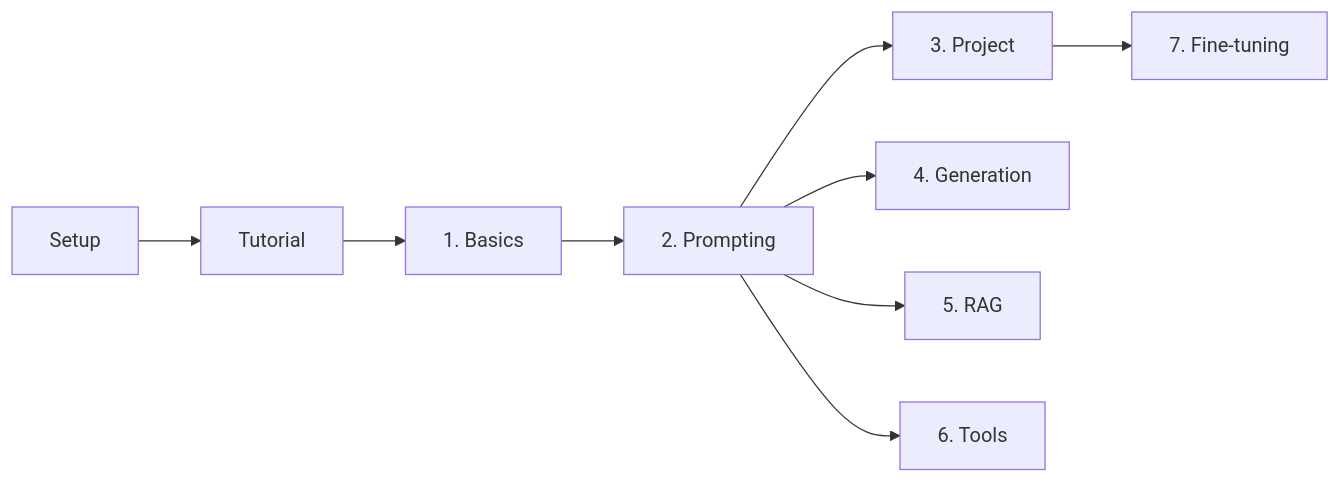
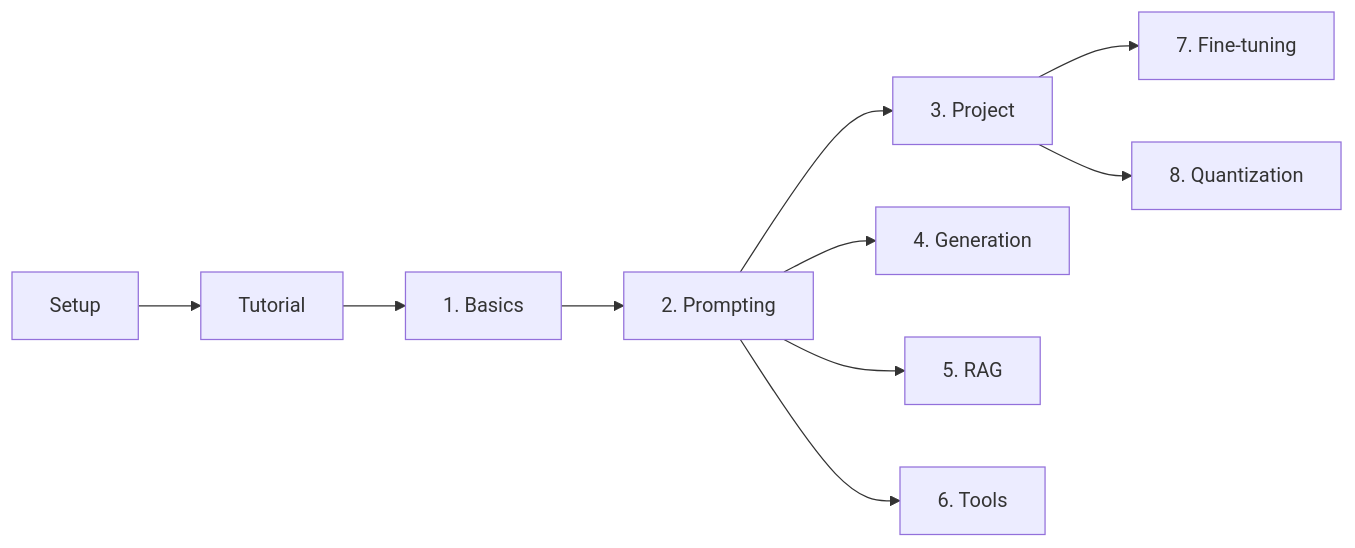
Before and after one commit to igmarin/llama3-with-python-course: the diagram in docs/index.md, drawn with Mermaid. The commit also changed other lines of this file and 16 other files, not shown here.

````diff
--- a/docs/index.md
+++ b/docs/index.md
@@ -9,9 +9,10 @@
 ```mermaid
 flowchart LR
     S[Setup] --> T[Tutorial] --> L1[1. Basics] --> L2[2. Prompting]
     L2 --> L3[3. Project]
     L2 --> L4[4. Generation]
     L2 --> L5[5. RAG]
     L2 --> L6[6. Tools]
     L3 --> L7[7. Fine-tuning]
+    L3 --> L8[8. Quantization]
 ```
````
